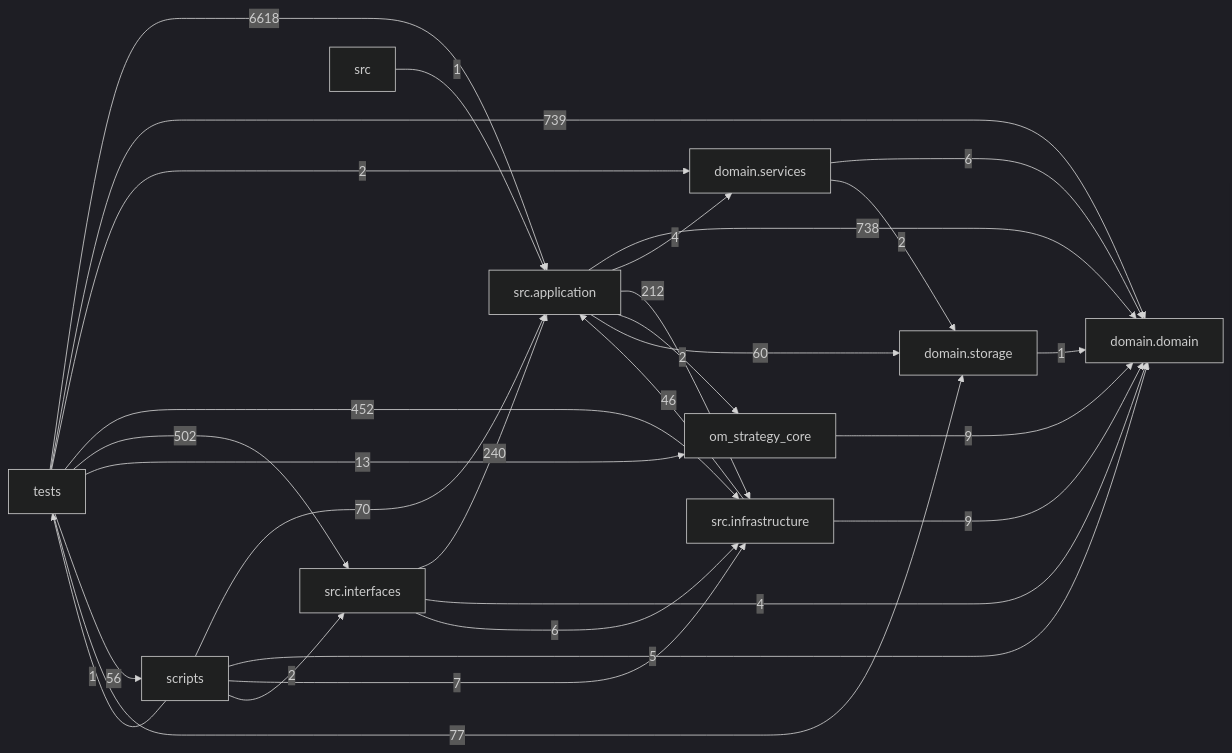
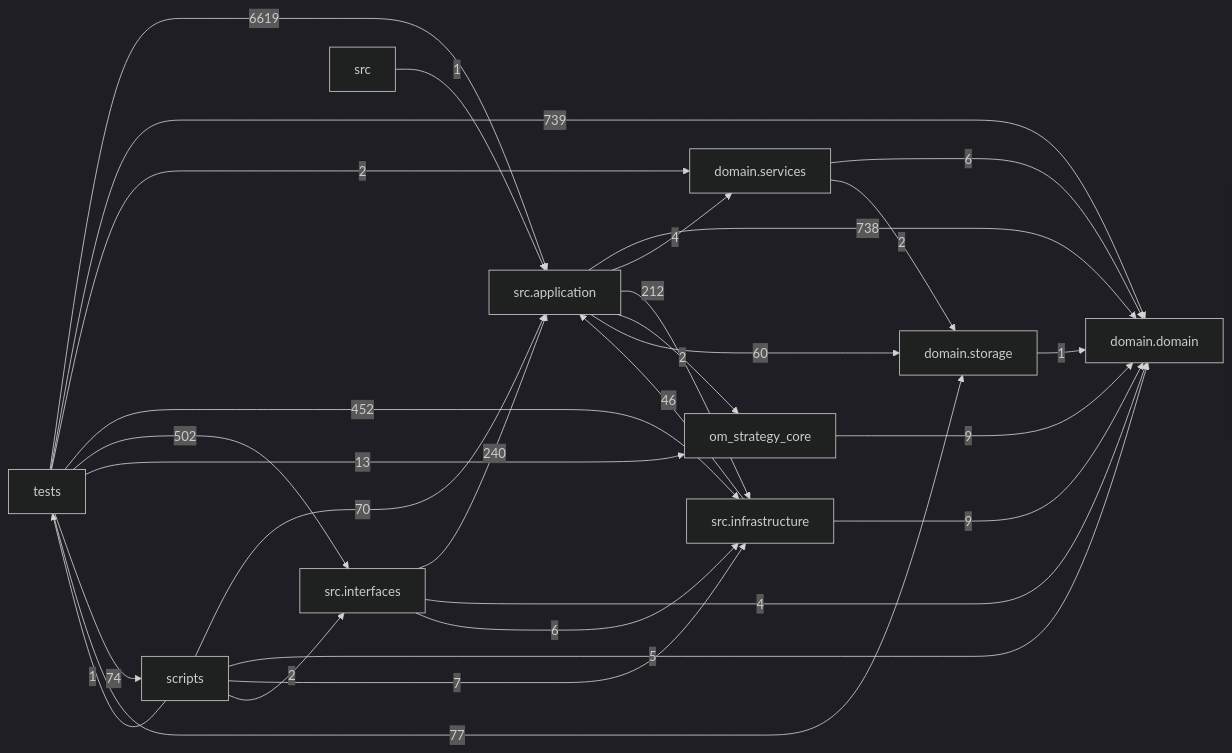
One commit to liuxie066/options-monitor changed the diagram in docs/DEPENDENCY_GRAPH.md. Above: the diagram before and after it, drawn with Mermaid (dark theme). The commit also changed other lines of this file and 13 other files, not shown here.

````diff
--- a/docs/DEPENDENCY_GRAPH.md
+++ b/docs/DEPENDENCY_GRAPH.md
@@ -24,39 +24,39 @@
 ```mermaid
 flowchart LR
   tests["tests"]
   scripts["scripts"]
   interfaces["src.interfaces"]
   application["src.application"]
   infrastructure["src.infrastructure"]
   domain_services["domain.services"]
   domain["domain.domain"]
   storage["domain.storage"]
   application -->|738| domain
   application -->|4| domain_services
   application -->|212| infrastructure
   application -->|2| om_strategy_core
   application -->|60| storage
   domain_services -->|6| domain
   domain_services -->|2| storage
   infrastructure -->|46| application
   infrastructure -->|9| domain
   interfaces -->|240| application
   interfaces -->|4| domain
   interfaces -->|6| infrastructure
   om_strategy_core -->|9| domain
   scripts -->|70| application
   scripts -->|5| domain
   scripts -->|7| infrastructure
   scripts -->|2| interfaces
   scripts -->|1| tests
   src -->|1| application
   storage -->|1| domain
-  tests -->|6618| application
+  tests -->|6619| application
   tests -->|739| domain
   tests -->|2| domain_services
   tests -->|452| infrastructure
   tests -->|502| interfaces
   tests -->|13| om_strategy_core
-  tests -->|56| scripts
+  tests -->|74| scripts
   tests -->|77| storage
 ```
````
